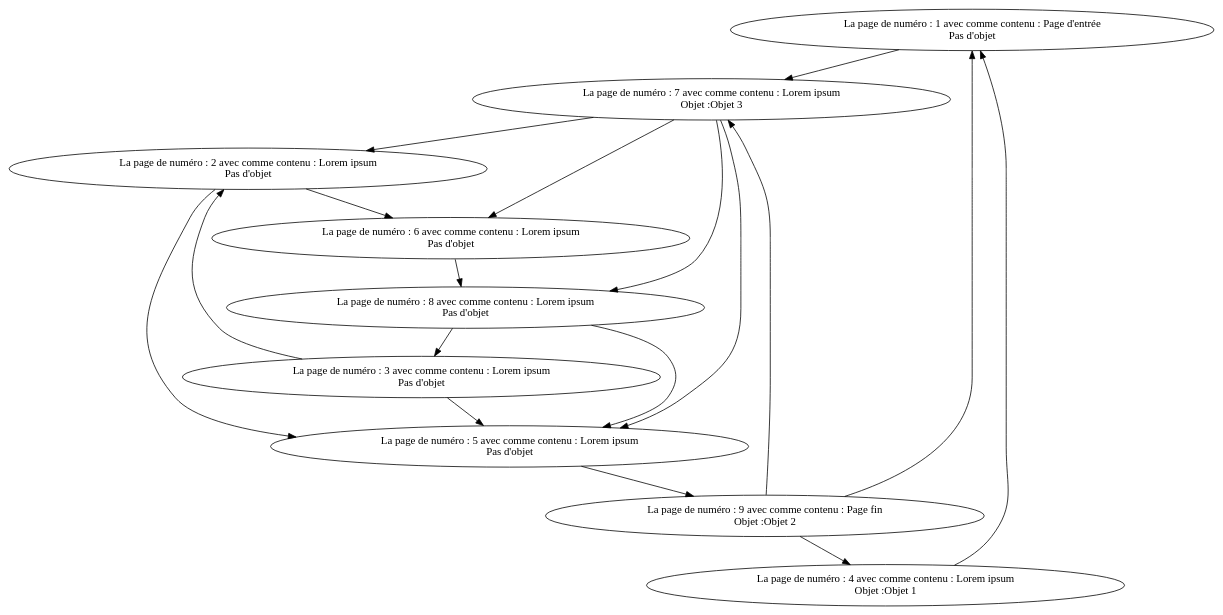
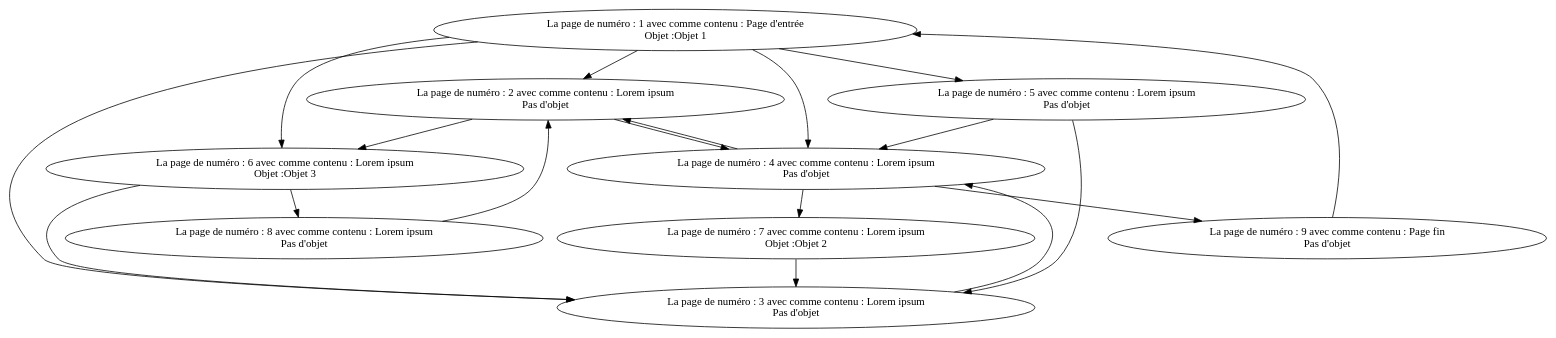
Before and after one commit to TomJacquemard/SAE-Graphe---Livre-jeu: the diagram in Livre_Jeu/graph2.dot, drawn with Graphviz. The commit also changed 23 other files, not shown here.

```diff
--- a/Livre_Jeu/graph2.dot
+++ b/Livre_Jeu/graph2.dot
@@ -1,37 +1,38 @@
 strict digraph G {
   1 [ label="La page de numéro : 1 avec comme contenu : Page d'entrée
+ Objet :Objet 1" ];
+  2 [ label="La page de numéro : 9 avec comme contenu : Page fin
  Pas d'objet" ];
-  2 [ label="La page de numéro : 9 avec comme contenu : Page fin
- Objet :Objet 2" ];
   3 [ label="La page de numéro : 2 avec comme contenu : Lorem ipsum
  Pas d'objet" ];
   4 [ label="La page de numéro : 3 avec comme contenu : Lorem ipsum
  Pas d'objet" ];
   5 [ label="La page de numéro : 4 avec comme contenu : Lorem ipsum
- Objet :Objet 1" ];
+ Pas d'objet" ];
   6 [ label="La page de numéro : 5 avec comme contenu : Lorem ipsum
  Pas d'objet" ];
   7 [ label="La page de numéro : 6 avec comme contenu : Lorem ipsum
- Pas d'objet" ];
+ Objet :Objet 3" ];
   8 [ label="La page de numéro : 7 avec comme contenu : Lorem ipsum
- Objet :Objet 3" ];
+ Objet :Objet 2" ];
   9 [ label="La page de numéro : 8 avec comme contenu : Lorem ipsum
  Pas d'objet" ];
-  1 -> 8;
-  2 -> 5;
-  2 -> 8;
+  1 -> 7;
+  1 -> 3;
+  1 -> 5;
+  1 -> 6;
+  1 -> 4;
   2 -> 1;
   3 -> 7;
-  3 -> 6;
-  4 -> 6;
-  4 -> 3;
-  5 -> 1;
-  6 -> 2;
+  3 -> 5;
+  4 -> 5;
+  5 -> 2;
+  5 -> 8;
+  5 -> 3;
+  6 -> 5;
+  6 -> 4;
+  7 -> 4;
   7 -> 9;
-  8 -> 9;
-  8 -> 7;
-  8 -> 6;
-  8 -> 3;
-  9 -> 6;
-  9 -> 4;
+  8 -> 4;
+  9 -> 3;
 }
```
